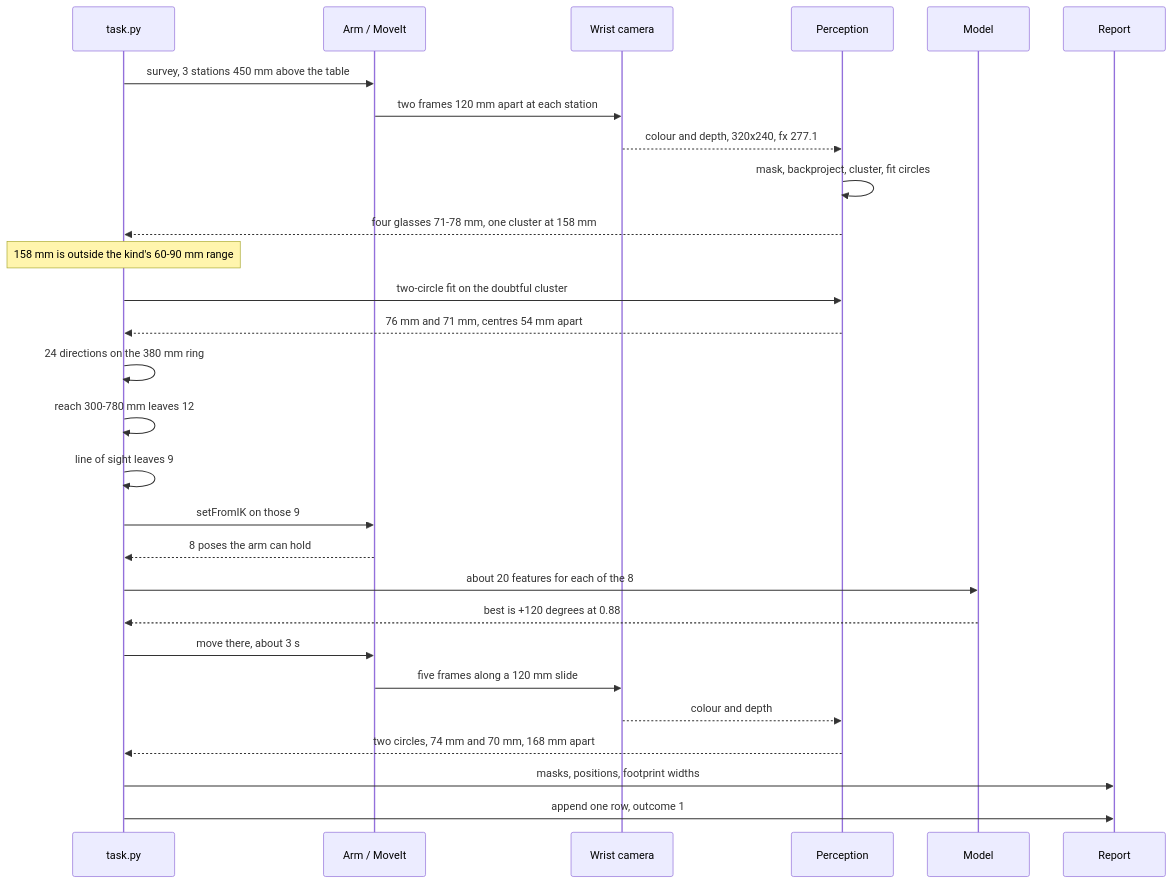
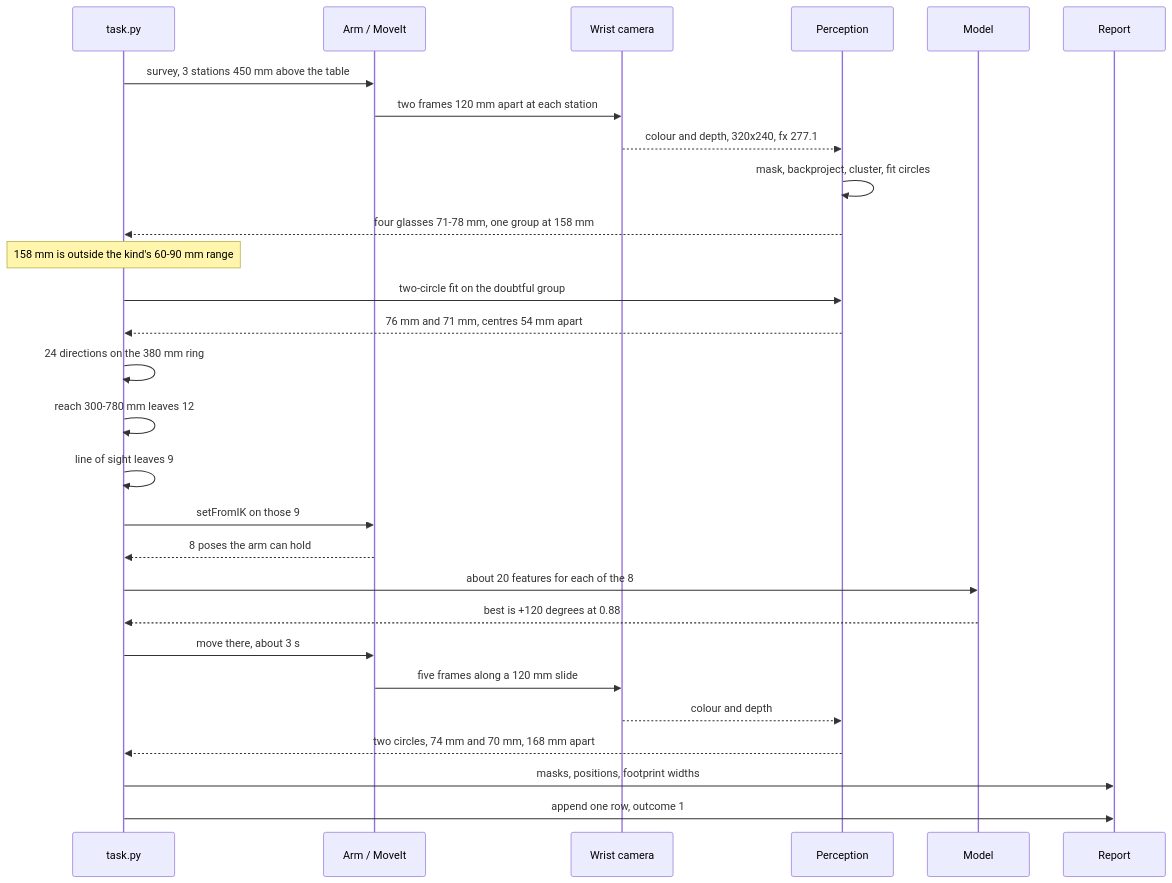
The first of 3 diagrams in v5-pick-glasses/docs/problem-2/solutions/06-learn-which-viewpoints-pay-off.md (RobinNagpal/robot-arm-projects), drawn with Mermaid before and after one commit. The commit also changed other lines of this file and 1 other file, not shown here.

````diff
--- a/v5-pick-glasses/docs/problem-2/solutions/06-learn-which-viewpoints-pay-off.md
+++ b/v5-pick-glasses/docs/problem-2/solutions/06-learn-which-viewpoints-pay-off.md
@@ -292,30 +308,30 @@
 ```mermaid
 sequenceDiagram
     participant T as task.py
     participant A as Arm / MoveIt
     participant C as Wrist camera
     participant P as Perception
     participant M as Model
     participant R as Report
     T->>A: survey, 3 stations 450 mm above the table
     A->>C: two frames 120 mm apart at each station
     C-->>P: colour and depth, 320x240, fx 277.1
     P->>P: mask, backproject, cluster, fit circles
-    P-->>T: four glasses 71-78 mm, one cluster at 158 mm
+    P-->>T: four glasses 71-78 mm, one group at 158 mm
     Note over T: 158 mm is outside the kind's 60-90 mm range
-    T->>P: two-circle fit on the doubtful cluster
+    T->>P: two-circle fit on the doubtful group
     P-->>T: 76 mm and 71 mm, centres 54 mm apart
     T->>T: 24 directions on the 380 mm ring
     T->>T: reach 300-780 mm leaves 12
     T->>T: line of sight leaves 9
     T->>A: setFromIK on those 9
     A-->>T: 8 poses the arm can hold
     T->>M: about 20 features for each of the 8
     M-->>T: best is +120 degrees at 0.88
     T->>A: move there, about 3 s
     A->>C: five frames along a 120 mm slide
     C-->>P: colour and depth
     P-->>T: two circles, 74 mm and 70 mm, 168 mm apart
     T->>R: masks, positions, footprint widths
     T->>R: append one row, outcome 1
 ```
````
